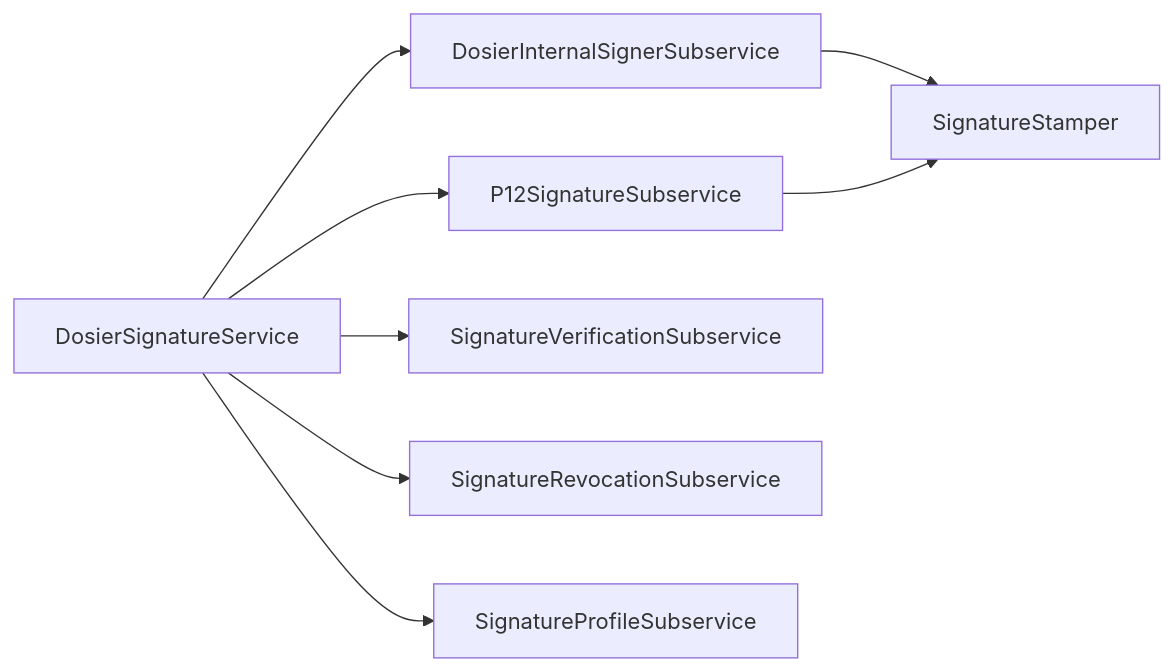
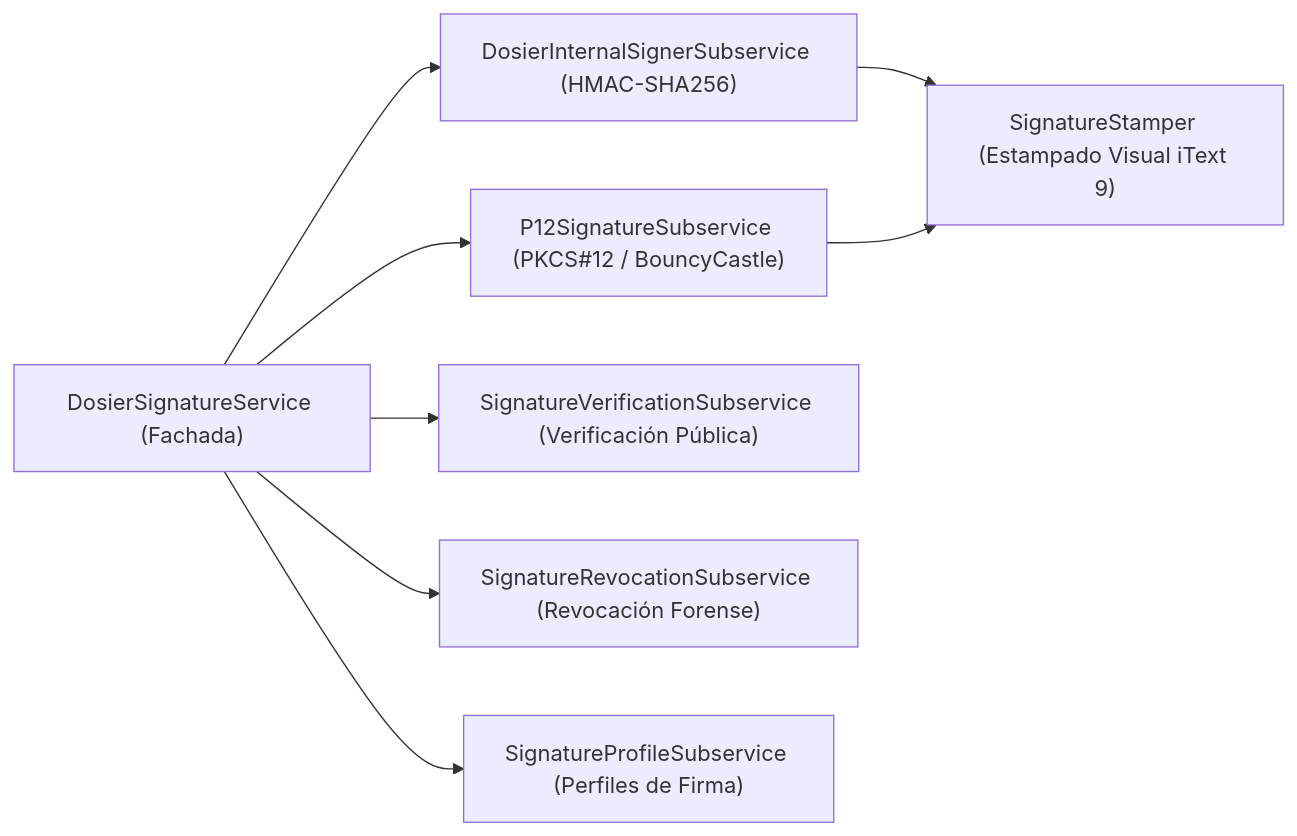
Before and after one commit to JorgeDoicela/dosier: the second of 2 diagrams in docs/documentacion/04-base-de-datos/03-infraestructura-efcore-y-repositorios.md, drawn with Mermaid. The commit also changed other lines of this file and 35 other files, not shown here.

````diff
--- a/docs/documentacion/04-base-de-datos/03-infraestructura-efcore-y-repositorios.md
+++ b/docs/documentacion/04-base-de-datos/03-infraestructura-efcore-y-repositorios.md
@@ -122,18 +114,18 @@
 ```mermaid
-graph LR
-    DSS[DosierSignatureService]
-    DIS[DosierInternalSignerSubservice]
-    P12[P12SignatureSubservice]
-    SVS[SignatureVerificationSubservice]
-    SRS[SignatureRevocationSubservice]
-    SPS[SignatureProfileSubservice]
-    STAMP[SignatureStamper]
+flowchart LR
+    DSS["DosierSignatureService (Fachada)"]
+    DIS["DosierInternalSignerSubservice (HMAC-SHA256)"]
+    P12["P12SignatureSubservice (PKCS#12 / BouncyCastle)"]
+    SVS["SignatureVerificationSubservice (Verificación Pública)"]
+    SRS["SignatureRevocationSubservice (Revocación Forense)"]
+    SPS["SignatureProfileSubservice (Perfiles de Firma)"]
+    STAMP["SignatureStamper (Estampado Visual iText 9)"]
 
     DSS --> DIS
     DSS --> P12
     DSS --> SVS
     DSS --> SRS
     DSS --> SPS
     DIS --> STAMP
     P12 --> STAMP
 ```
````
